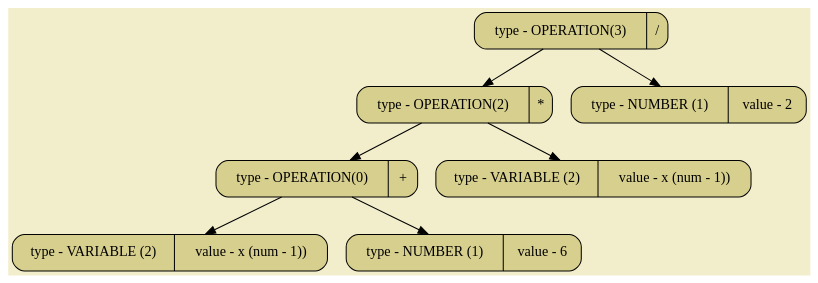
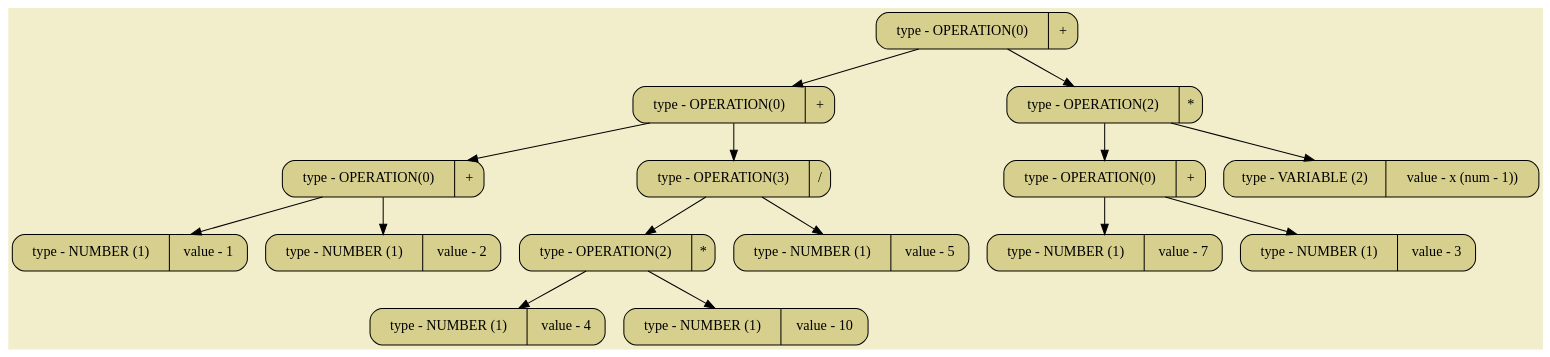
One commit to SashaKhaytina/Differenciator changed the diagram in pictures/image01.dot. Above: the diagram before and after it, drawn with Graphviz. The commit also changed 18 other files, not shown here.

```diff
--- a/pictures/image01.dot
+++ b/pictures/image01.dot
@@ -1,18 +1,34 @@
 digraph
 {
 bgcolor="#F2EECB";
 rankdir = TB;
-POINT_0x627b7bc88490[shape=Mrecord, label = "type - OPERATION(3) | /", style="filled",fillcolor="#D7CF8D"]
-POINT_0x627b7bc888c0[shape=Mrecord, label = "type - OPERATION(2) | *", style="filled",fillcolor="#D7CF8D"]
-POINT_0x627b7bc888e0[shape=Mrecord, label = "type - OPERATION(0) | +", style="filled",fillcolor="#D7CF8D"]
-POINT_0x627b7bc88900[shape=Mrecord, label = "type - VARIABLE (2) | value - x (num - 1))", style="filled",fillcolor="#D7CF8D"]
-POINT_0x627b7bc88920[shape=Mrecord, label = "type - NUMBER (1) | value - 6", style="filled",fillcolor="#D7CF8D"]
-POINT_0x627b7bc88940[shape=Mrecord, label = "type - VARIABLE (2) | value - x (num - 1))", style="filled",fillcolor="#D7CF8D"]
-POINT_0x627b7bc88960[shape=Mrecord, label = "type - NUMBER (1) | value - 2", style="filled",fillcolor="#D7CF8D"]
-POINT_0x627b7bc88490 -> POINT_0x627b7bc888c0
-POINT_0x627b7bc88490 -> POINT_0x627b7bc88960
-POINT_0x627b7bc888c0 -> POINT_0x627b7bc888e0
-POINT_0x627b7bc888c0 -> POINT_0x627b7bc88940
-POINT_0x627b7bc888e0 -> POINT_0x627b7bc88900
-POINT_0x627b7bc888e0 -> POINT_0x627b7bc88920
+POINT_0x587dad99f490[shape=Mrecord, label = "type - OPERATION(0) | +", style="filled",fillcolor="#D7CF8D"]
+POINT_0x587dad99f8c0[shape=Mrecord, label = "type - OPERATION(0) | +", style="filled",fillcolor="#D7CF8D"]
+POINT_0x587dad99f8e0[shape=Mrecord, label = "type - OPERATION(0) | +", style="filled",fillcolor="#D7CF8D"]
+POINT_0x587dad99f900[shape=Mrecord, label = "type - NUMBER (1) | value - 1", style="filled",fillcolor="#D7CF8D"]
+POINT_0x587dad99f920[shape=Mrecord, label = "type - NUMBER (1) | value - 2", style="filled",fillcolor="#D7CF8D"]
+POINT_0x587dad99f940[shape=Mrecord, label = "type - OPERATION(3) | /", style="filled",fillcolor="#D7CF8D"]
+POINT_0x587dad99f960[shape=Mrecord, label = "type - OPERATION(2) | *", style="filled",fillcolor="#D7CF8D"]
+POINT_0x587dad99f980[shape=Mrecord, label = "type - NUMBER (1) | value - 4", style="filled",fillcolor="#D7CF8D"]
+POINT_0x587dad99f9a0[shape=Mrecord, label = "type - NUMBER (1) | value - 10", style="filled",fillcolor="#D7CF8D"]
+POINT_0x587dad99f9c0[shape=Mrecord, label = "type - NUMBER (1) | value - 5", style="filled",fillcolor="#D7CF8D"]
+POINT_0x587dad99f9e0[shape=Mrecord, label = "type - OPERATION(2) | *", style="filled",fillcolor="#D7CF8D"]
+POINT_0x587dad99fa00[shape=Mrecord, label = "type - OPERATION(0) | +", style="filled",fillcolor="#D7CF8D"]
+POINT_0x587dad99fa20[shape=Mrecord, label = "type - NUMBER (1) | value - 7", style="filled",fillcolor="#D7CF8D"]
+POINT_0x587dad99fa40[shape=Mrecord, label = "type - NUMBER (1) | value - 3", style="filled",fillcolor="#D7CF8D"]
+POINT_0x587dad99fa60[shape=Mrecord, label = "type - VARIABLE (2) | value - x (num - 1))", style="filled",fillcolor="#D7CF8D"]
+POINT_0x587dad99f490 -> POINT_0x587dad99f8c0
+POINT_0x587dad99f490 -> POINT_0x587dad99f9e0
+POINT_0x587dad99f8c0 -> POINT_0x587dad99f8e0
+POINT_0x587dad99f8c0 -> POINT_0x587dad99f940
+POINT_0x587dad99f8e0 -> POINT_0x587dad99f900
+POINT_0x587dad99f8e0 -> POINT_0x587dad99f920
+POINT_0x587dad99f940 -> POINT_0x587dad99f960
+POINT_0x587dad99f940 -> POINT_0x587dad99f9c0
+POINT_0x587dad99f960 -> POINT_0x587dad99f980
+POINT_0x587dad99f960 -> POINT_0x587dad99f9a0
+POINT_0x587dad99f9e0 -> POINT_0x587dad99fa00
+POINT_0x587dad99f9e0 -> POINT_0x587dad99fa60
+POINT_0x587dad99fa00 -> POINT_0x587dad99fa20
+POINT_0x587dad99fa00 -> POINT_0x587dad99fa40
 }
```
